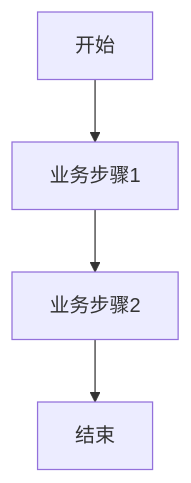
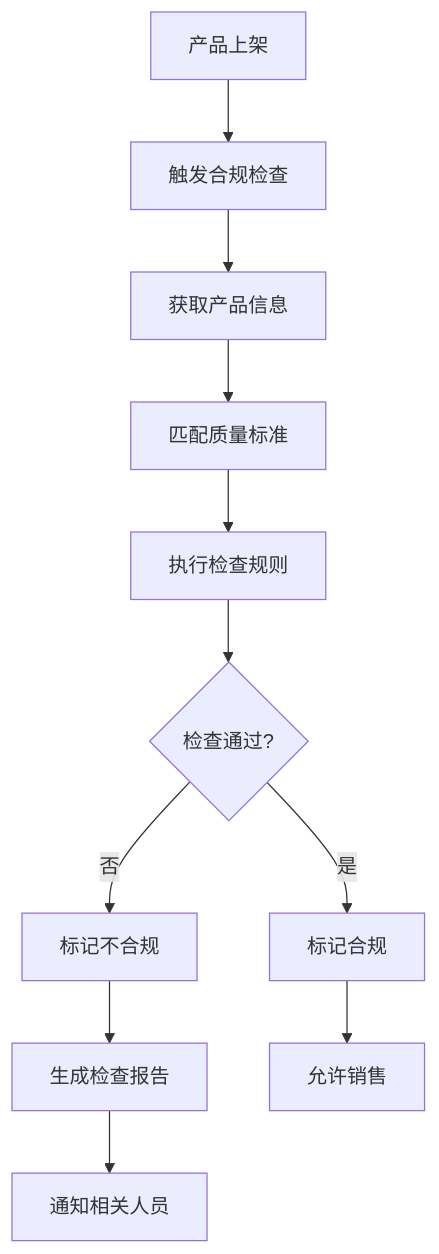
One commit to HaoranTong/ecommerce_platform changed the second of 2 diagrams in docs/modules/quality-control/requirements.md. Above: the diagram before and after it, drawn with Mermaid. The commit also changed other lines of this file and 6 other files, not shown here.

````diff
--- a/docs/modules/quality-control/requirements.md
+++ b/docs/modules/quality-control/requirements.md
@@ -96,6 +168,13 @@
 ```mermaid
 graph TD
-    A[开始] --> B[业务步骤1]
-    B --> C[业务步骤2]
-    C --> D[结束]
+    A[产品上架] --> B[触发合规检查]
+    B --> C[获取产品信息]
+    C --> D[匹配质量标准]
+    D --> E[执行检查规则]
+    E --> F{检查通过?}
+    F -->|是| G[标记合规]
+    F -->|否| H[标记不合规]
+    H --> I[生成检查报告]
+    I --> J[通知相关人员]
+    G --> K[允许销售]
 ```
````
